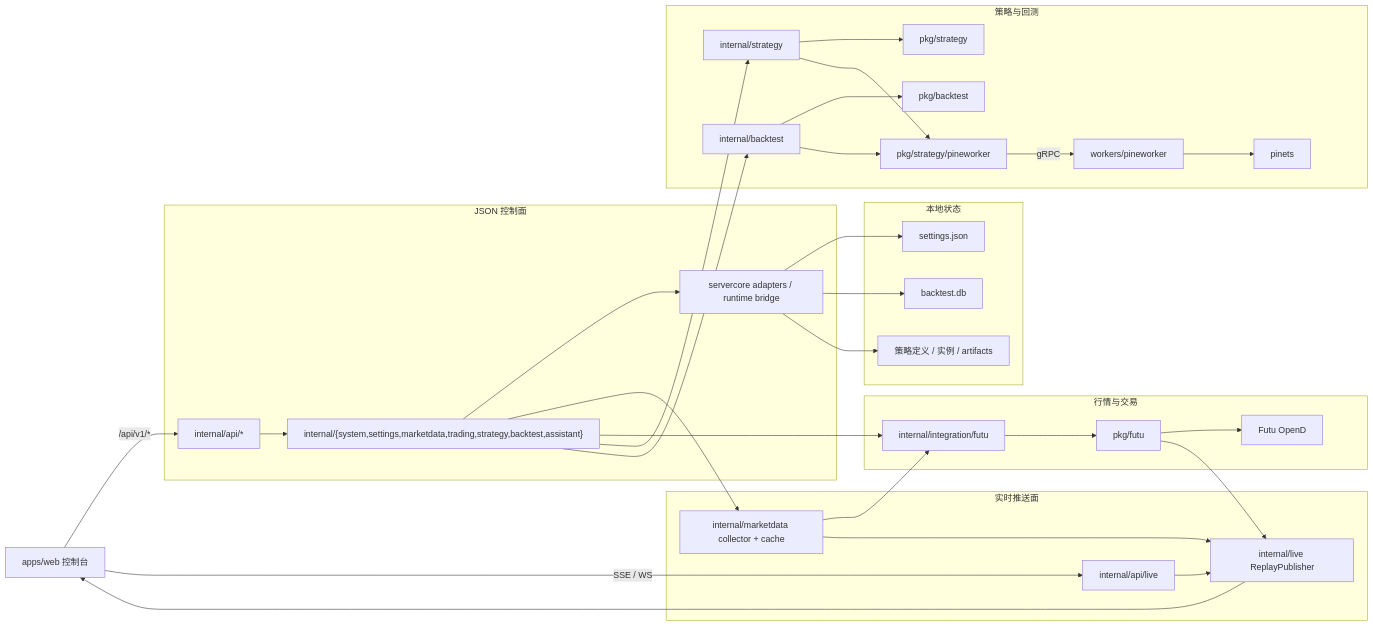
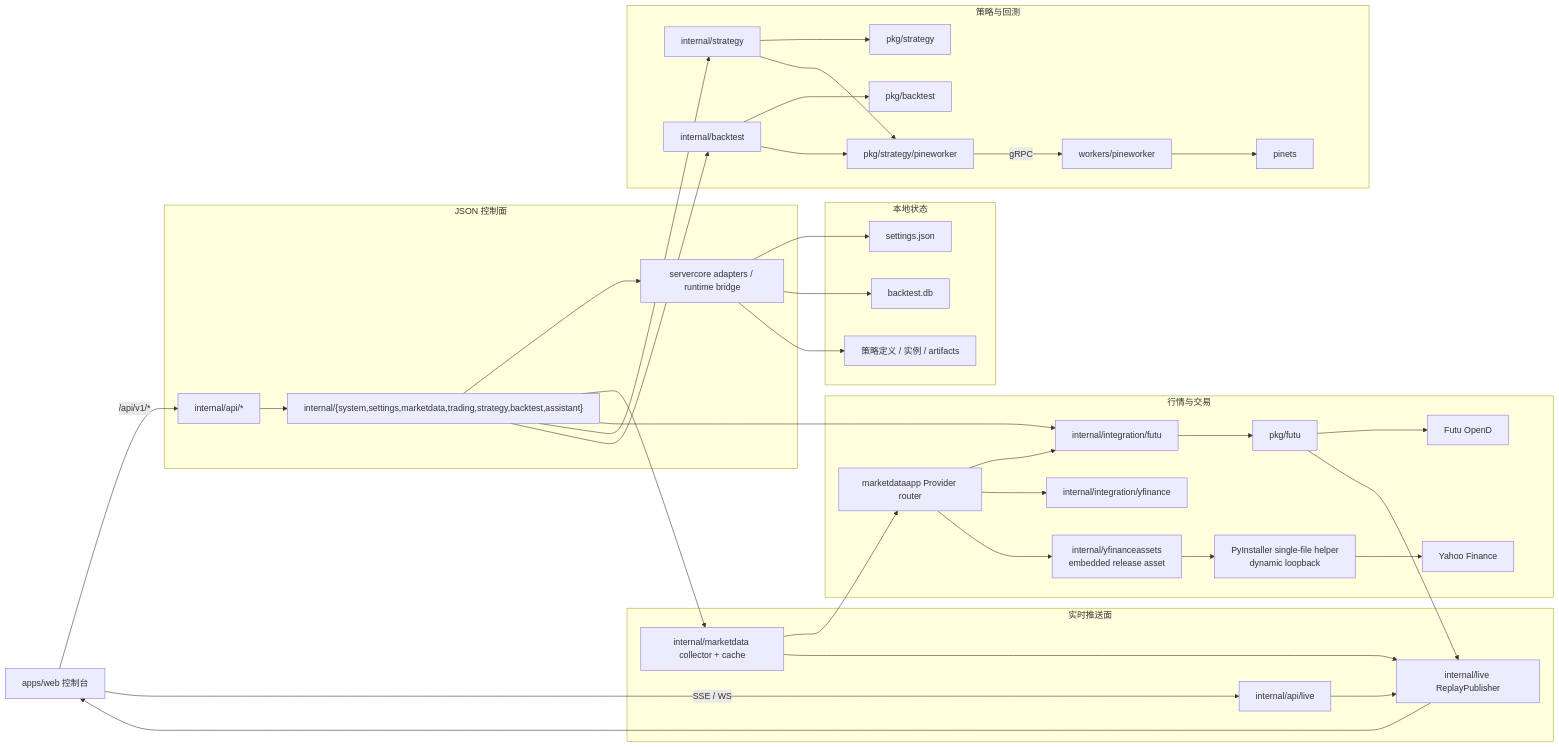
Before and after one commit to Dennishaha/JFTrade: the second of 3 diagrams in docs/architecture-mermaid.md, drawn with Mermaid. The commit also changed other lines of this file and 202 other files, not shown here.

Commit message:
feat: expand Yahoo Finance multi-market quotes

````diff
--- a/docs/architecture-mermaid.md
+++ b/docs/architecture-mermaid.md
@@ -145,56 +155,64 @@
 ```mermaid
 flowchart LR
     Web["apps/web 控制台"]
 
     subgraph JSON["JSON 控制面"]
         API["internal/api/*"]
         Services["internal/{system,settings,marketdata,trading,strategy,backtest,assistant}"]
         Core["servercore adapters / runtime bridge"]
     end
 
     subgraph Live["实时推送面"]
         LiveAPI["internal/api/live"]
         LiveBus["internal/live ReplayPublisher"]
         Collector["internal/marketdata collector + cache"]
     end
 
     subgraph MarketTrade["行情与交易"]
+        MarketRuntime["marketdataapp Provider router"]
         FutuIntegration["internal/integration/futu"]
+        YFinanceIntegration["internal/integration/yfinance"]
+        YFinanceAssets["internal/yfinanceassets<br/>embedded release asset"]
+        YFinanceSidecar["PyInstaller single-file helper<br/>dynamic loopback"]
+        Yahoo["Yahoo Finance"]
         FutuPkg["pkg/futu"]
         OpenD["Futu OpenD"]
     end
 
     subgraph StrategyBacktest["策略与回测"]
         StrategySvc["internal/strategy"]
         BacktestSvc["internal/backtest"]
         StrategyPkg["pkg/strategy"]
         BacktestPkg["pkg/backtest"]
         WorkerGo["pkg/strategy/pineworker"]
         WorkerNode["workers/pineworker"]
         PineTS["pinets"]
     end
 
     subgraph LocalStore["本地状态"]
         Settings["settings.json"]
         DB["backtest.db"]
         RuntimeFiles["策略定义 / 实例 / artifacts"]
     end
 
     Web -->|/api/v1/*| API --> Services --> Core
     Web -->|SSE / WS| LiveAPI --> LiveBus --> Web
 
-    Services --> Collector --> FutuIntegration
+    Services --> Collector --> MarketRuntime
+    MarketRuntime --> FutuIntegration
+    MarketRuntime --> YFinanceIntegration
+    MarketRuntime --> YFinanceAssets --> YFinanceSidecar --> Yahoo
     Services --> FutuIntegration --> FutuPkg --> OpenD
     Collector --> LiveBus
     FutuPkg --> LiveBus
 
     Services --> StrategySvc --> StrategyPkg
     Services --> BacktestSvc --> BacktestPkg
     StrategySvc --> WorkerGo
     BacktestSvc --> WorkerGo
     WorkerGo -->|gRPC| WorkerNode --> PineTS
 
     Core --> Settings
     Core --> DB
     Core --> RuntimeFiles
 ```
````
